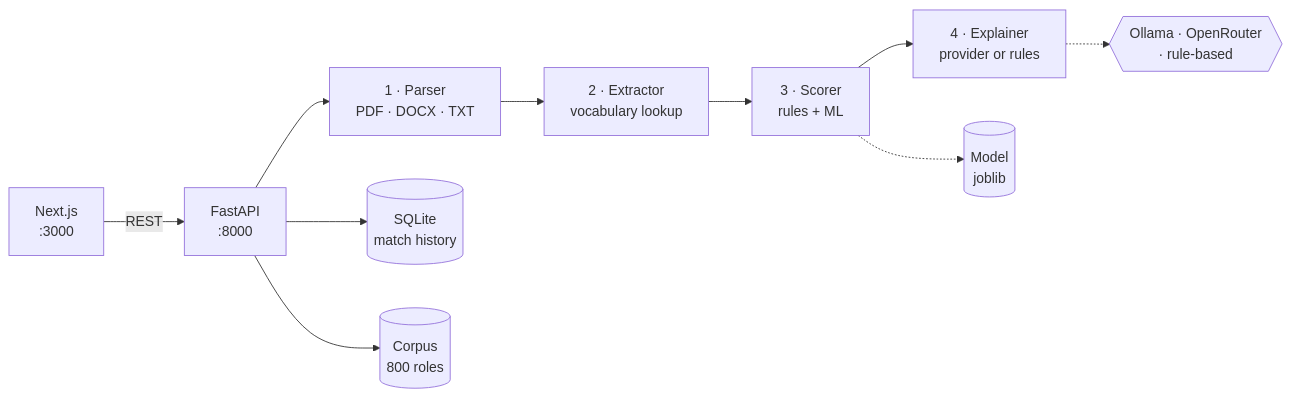
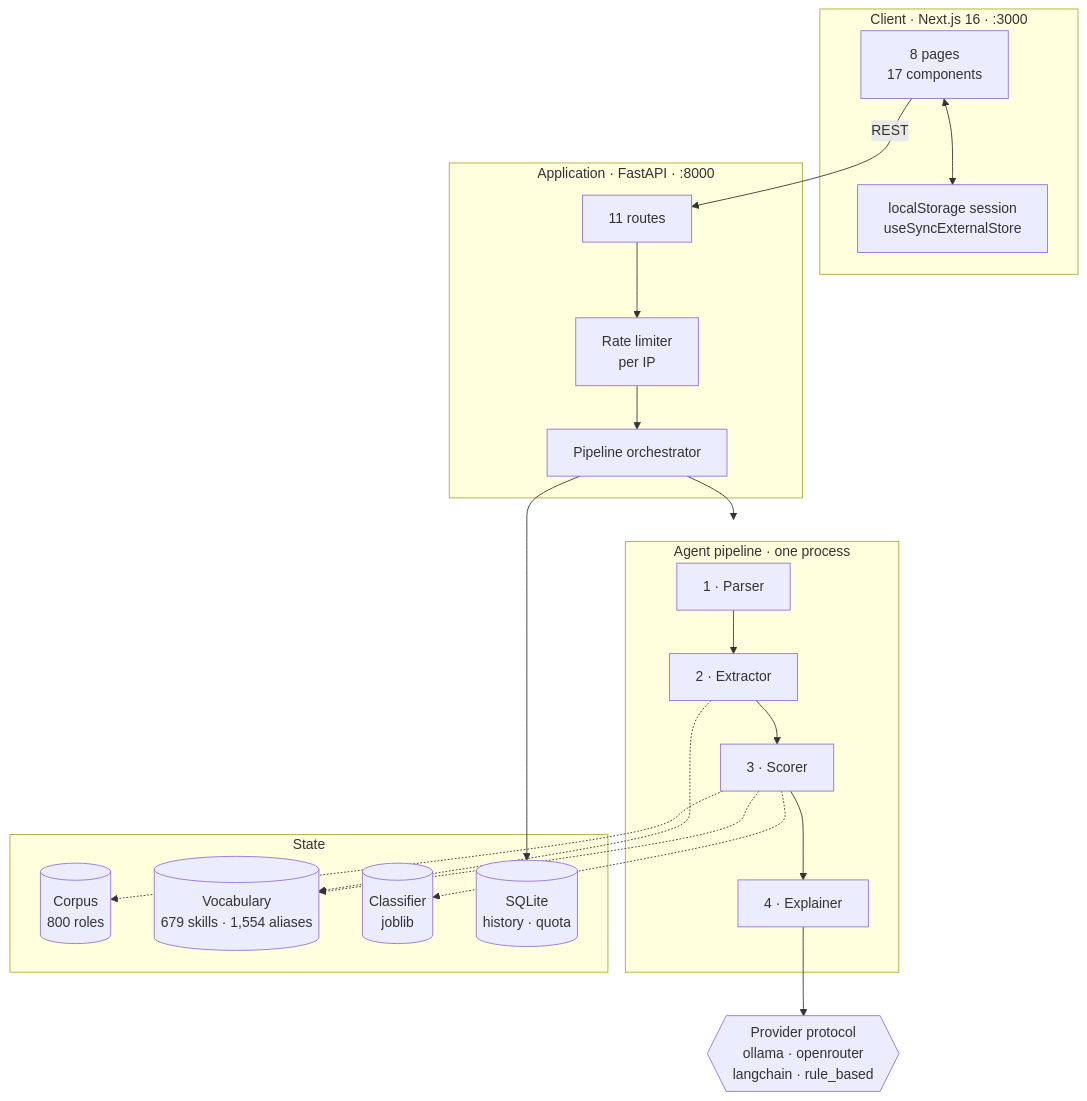
Before and after one commit to Sharawey74/Recruiter-Pro: the first of 2 diagrams in README.md, drawn with Mermaid. The commit also changed other lines of this file, not shown here.

First line of the commit message:
docs: add a metrics dashboard, feature matrix and system diagrams

````diff
--- a/README.md
+++ b/README.md
@@ -138,12 +227,37 @@
 ```mermaid
-flowchart LR
-    UI["Next.js<br/>:3000"] -->|REST| API["FastAPI<br/>:8000"]
-    API --> A1["1 · Parser<br/>PDF · DOCX · TXT"]
-    A1 --> A2["2 · Extractor<br/>vocabulary lookup"]
-    A2 --> A3["3 · Scorer<br/>rules + ML"]
-    A3 --> A4["4 · Explainer<br/>provider or rules"]
-    A3 -.-> ML[("Model<br/>joblib")]
-    A4 -.-> P{{"Ollama · OpenRouter<br/>· rule-based"}}
-    API --> DB[("SQLite<br/>match history")]
-    API --> C[("Corpus<br/>800 roles")]
+flowchart TB
+    subgraph client["Client · Next.js 16 · :3000"]
+        UI["8 pages<br/>17 components"]
+        ST["localStorage session<br/>useSyncExternalStore"]
+        UI <--> ST
+    end
+
+    subgraph api["Application · FastAPI · :8000"]
+        R["11 routes"]
+        RL["Rate limiter<br/>per IP"]
+        PIPE["Pipeline orchestrator"]
+        R --> RL --> PIPE
+    end
+
+    subgraph agents["Agent pipeline · one process"]
+        A1["1 · Parser"] --> A2["2 · Extractor"] --> A3["3 · Scorer"] --> A4["4 · Explainer"]
+    end
+
+    subgraph data["State"]
+        CORP[("Corpus<br/>800 roles")]
+        VOCAB[("Vocabulary<br/>679 skills · 1,554 aliases")]
+        MODEL[("Classifier<br/>joblib")]
+        DB[("SQLite<br/>history · quota")]
+    end
+
+    PROV{{"Provider protocol<br/>ollama · openrouter<br/>langchain · rule_based"}}
+
+    UI -->|REST| R
+    PIPE --> agents
+    A2 -.-> VOCAB
+    A3 -.-> VOCAB
+    A3 -.-> CORP
+    A3 -.-> MODEL
+    A4 --> PROV
+    PIPE --> DB
 ```
````
